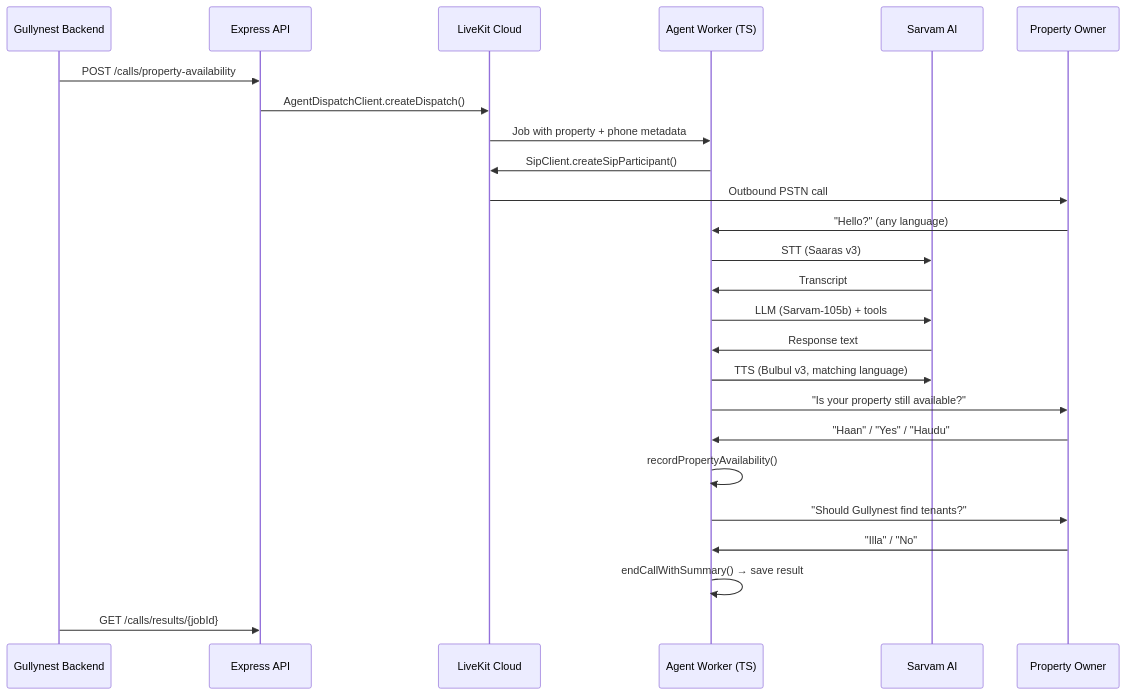
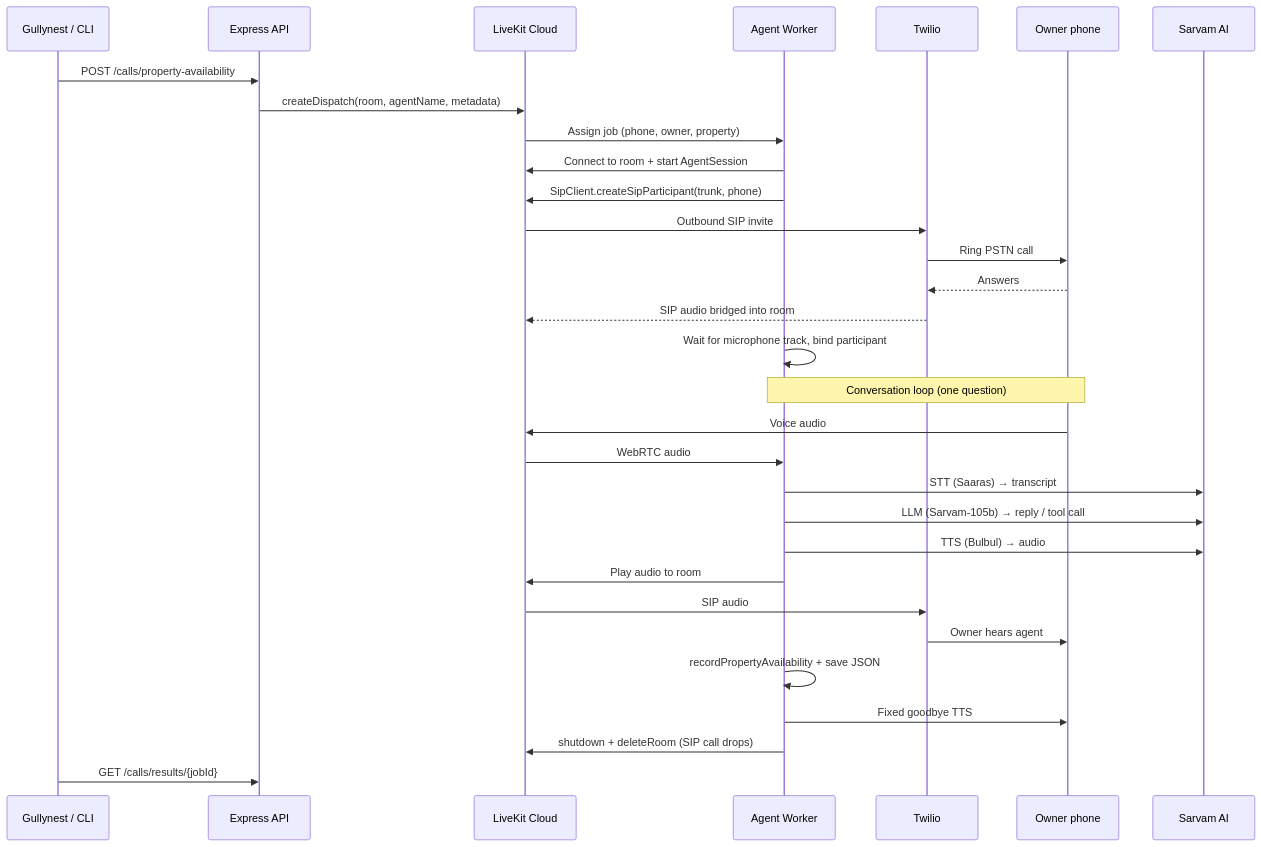
The diagram in README.md (Devanshgoel-123/VoiceAgent), drawn with Mermaid before and after one commit. The commit also changed other lines of this file and 10 other files, not shown here.

````diff
--- a/README.md
+++ b/README.md
@@ -68,28 +113,36 @@
 ```mermaid
 sequenceDiagram
-    participant G as Gullynest Backend
+    participant G as Gullynest / CLI
     participant API as Express API
     participant LK as LiveKit Cloud
-    participant W as Agent Worker (TS)
+    participant W as Agent Worker
+    participant TW as Twilio
+    participant O as Owner phone
     participant S as Sarvam AI
-    participant O as Property Owner
 
     G->>API: POST /calls/property-availability
-    API->>LK: AgentDispatchClient.createDispatch()
-    LK->>W: Job with property + phone metadata
-    W->>LK: SipClient.createSipParticipant()
-    LK->>O: Outbound PSTN call
-    O->>W: "Hello?" (any language)
-    W->>S: STT (Saaras v3)
-    S->>W: Transcript
-    W->>S: LLM (Sarvam-105b) + tools
-    S->>W: Response text
-    W->>S: TTS (Bulbul v3, matching language)
-    W->>O: "Is your property still available?"
-    O->>W: "Haan" / "Yes" / "Haudu"
-    W->>W: recordPropertyAvailability()
-    W->>O: "Should Gullynest find tenants?"
-    O->>W: "Illa" / "No"
-    W->>W: endCallWithSummary() → save result
+    API->>LK: createDispatch(room, agentName, metadata)
+    LK->>W: Assign job (phone, owner, property)
+    W->>LK: Connect to room + start AgentSession
+    W->>LK: SipClient.createSipParticipant(trunk, phone)
+    LK->>TW: Outbound SIP invite
+    TW->>O: Ring PSTN call
+    O-->>TW: Answers
+    TW-->>LK: SIP audio bridged into room
+    W->>W: Wait for microphone track, bind participant
+
+    Note over O,W: Conversation loop (one question)
+    O->>LK: Voice audio
+    LK->>W: WebRTC audio
+    W->>S: STT (Saaras) → transcript
+    W->>S: LLM (Sarvam-105b) → reply / tool call
+    W->>S: TTS (Bulbul) → audio
+    W->>LK: Play audio to room
+    LK->>TW: SIP audio
+    TW->>O: Owner hears agent
+
+    W->>W: recordPropertyAvailability + save JSON
+    W->>O: Fixed goodbye TTS
+    W->>LK: shutdown + deleteRoom (SIP call drops)
     G->>API: GET /calls/results/{jobId}
 ```
````
